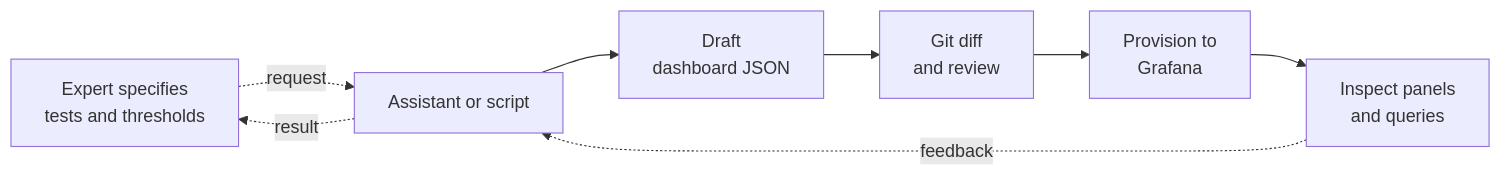
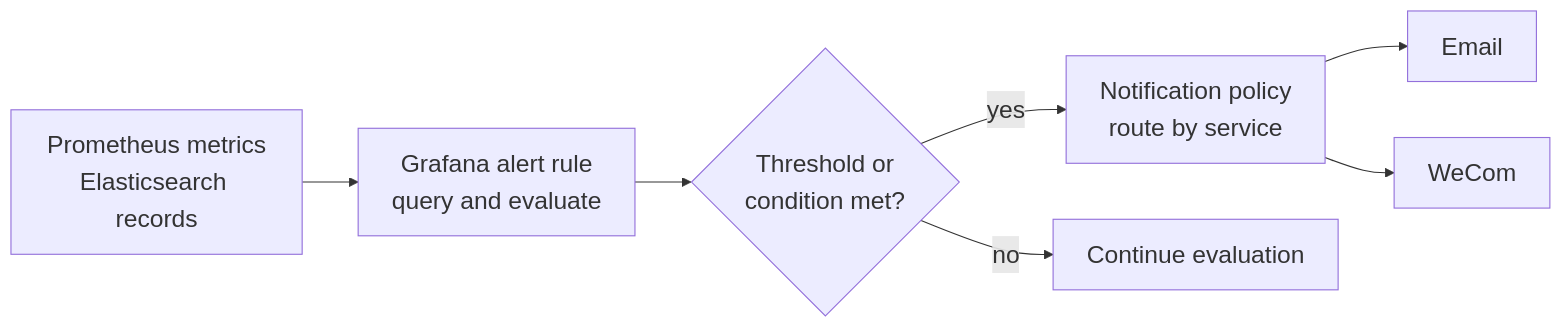
One commit to hanx-hep/2026-cepc-dci changed the third of 4 diagrams in slides.md. Above: the diagram before and after it, drawn with Mermaid. The commit also changed other lines of this file and 2 other files, not shown here.

Commit message:
feat: reorganize Grafana, probing, alerting and middleware slides

````diff
--- a/slides.md
+++ b/slides.md
@@ -219,10 +225,10 @@
-```mermaid {scale: 0.58}
+```mermaid {scale: 0.61}
+%%{init: {"themeVariables": {"fontSize": "22px"}}}%%
 flowchart LR
-    A[Expert specifies<br/>tests and thresholds] -. request .-> B[Assistant or script]
-    B --> F[Draft<br/>dashboard JSON]
-    F --> C[Git diff<br/>and review]
-    C --> D[Provision to<br/>Grafana]
-    D --> E[Inspect panels<br/>and queries]
-    E -. feedback .-> B
-    B -. result .-> A
+    A[Prometheus metrics<br/>Elasticsearch records] --> B[Grafana alert rule<br/>query and evaluate]
+    B --> C{Threshold or<br/>condition met?}
+    C -->|yes| D[Notification policy<br/>route by service]
+    D --> E[Email]
+    D --> F[WeCom]
+    C -->|no| G[Continue evaluation]
 ```
````
